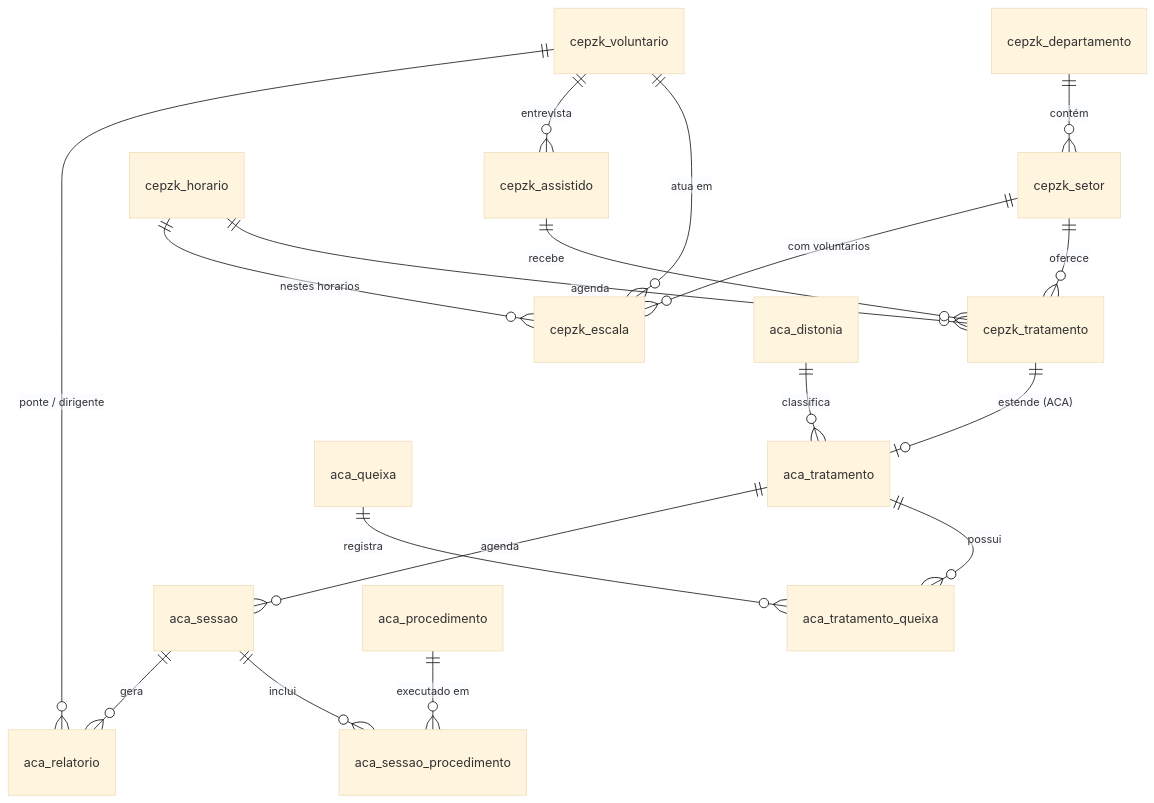
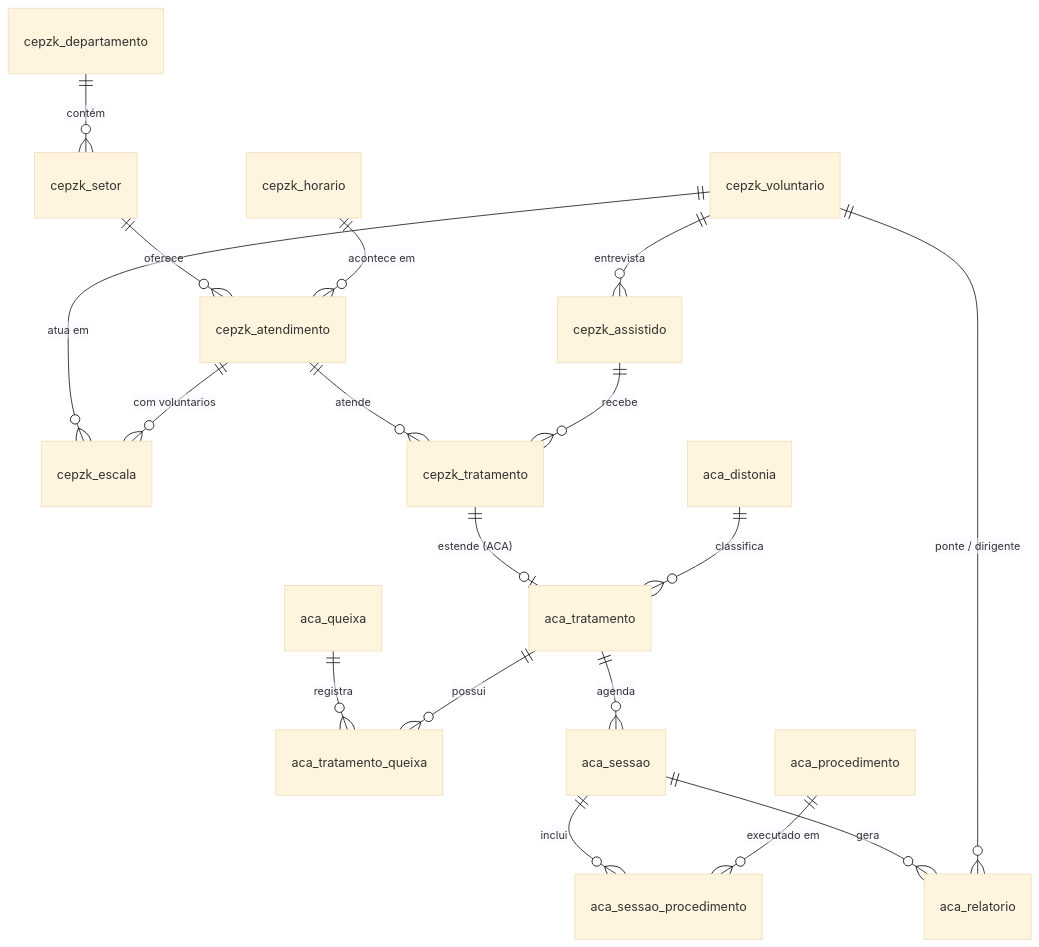
One commit to CEPZK/cepzk_atendimentos_backend changed the diagram in docs/banco-de-dados.md. Above: the diagram before and after it, drawn with Mermaid (base theme). The commit also changed other lines of this file and 3 other files, not shown here.

First line of the commit message:
feat(db): substitui setor_id + horario_id por cepzk_atendimento

````diff
--- a/docs/banco-de-dados.md
+++ b/docs/banco-de-dados.md
@@ -18,20 +18,20 @@
 ```mermaid
 erDiagram
     cepzk_departamento ||--o{ cepzk_setor : "contém"
-    cepzk_setor ||--o{ cepzk_tratamento : "oferece"
-    cepzk_horario ||--o{ cepzk_tratamento : "agenda"
+    cepzk_setor ||--o{ cepzk_atendimento : "oferece"
+    cepzk_horario ||--o{ cepzk_atendimento : "acontece em"
     cepzk_voluntario ||--o{ cepzk_escala : "atua em"
-    cepzk_setor ||--o{ cepzk_escala : "com voluntarios"
-    cepzk_horario ||--o{ cepzk_escala : "nestes horarios"
+    cepzk_atendimento ||--o{ cepzk_escala : "com voluntarios"
+    cepzk_atendimento ||--o{ cepzk_tratamento : "atende"
     cepzk_voluntario ||--o{ cepzk_assistido : "entrevista"
     cepzk_assistido ||--o{ cepzk_tratamento : "recebe"
     cepzk_tratamento ||--o| aca_tratamento : "estende (ACA)"
     aca_distonia ||--o{ aca_tratamento : "classifica"
     aca_queixa ||--o{ aca_tratamento_queixa : "registra"
     aca_tratamento ||--o{ aca_tratamento_queixa : "possui"
     aca_tratamento ||--o{ aca_sessao : "agenda"
     aca_sessao ||--o{ aca_sessao_procedimento : "inclui"
     aca_procedimento ||--o{ aca_sessao_procedimento : "executado em"
     aca_sessao ||--o{ aca_relatorio : "gera"
     cepzk_voluntario ||--o{ aca_relatorio : "ponte / dirigente"
 ```
````
